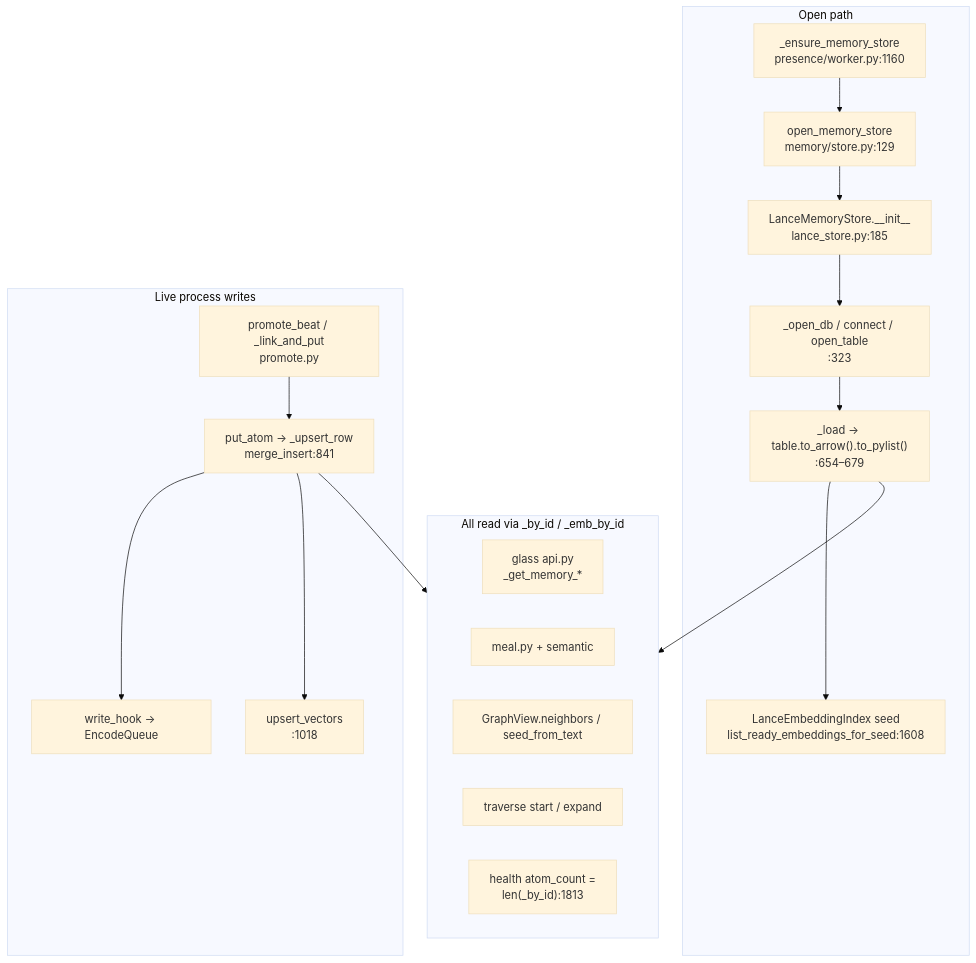
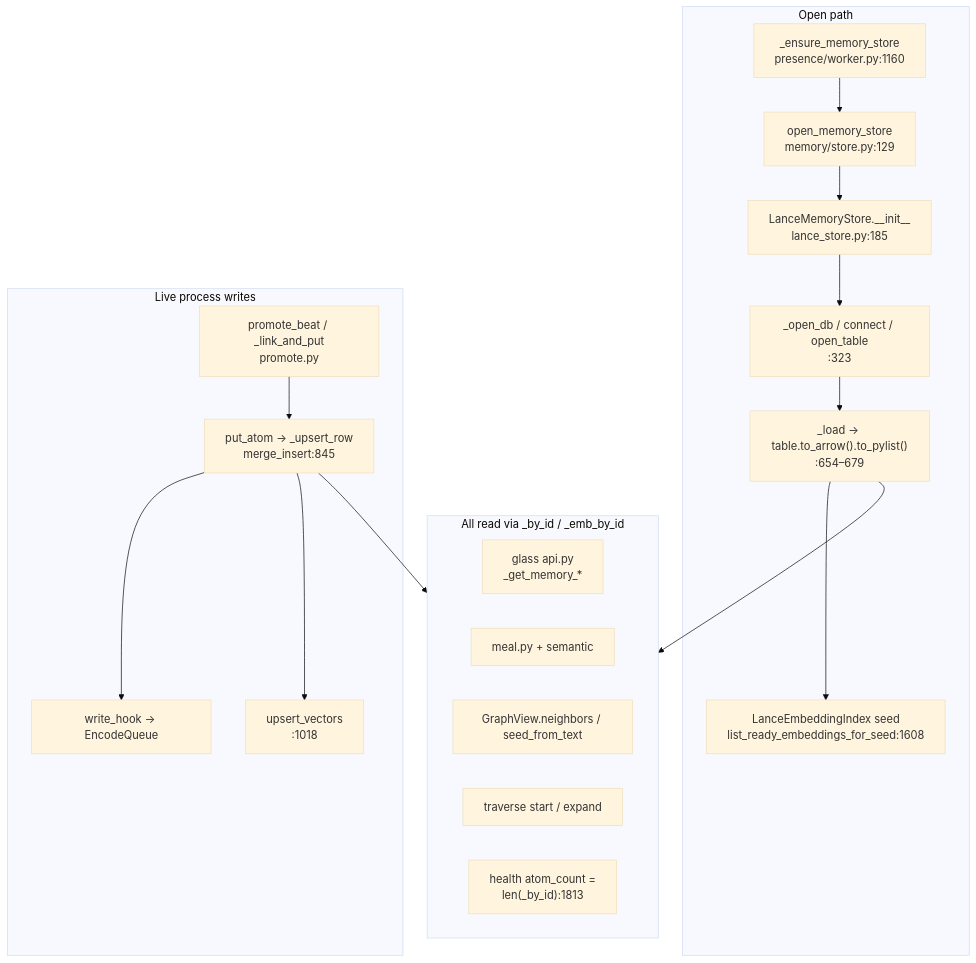
The diagram in docs/lance-debug1/CODE-PATH-MAP.md (jtwolfe/project-elyra), drawn with Mermaid (base theme) before and after one commit. The commit also changed 1 other file, not shown here.

Commit message:
fix: address review feedback for PR1 lance-debug1 scaffold

````diff
--- a/docs/lance-debug1/CODE-PATH-MAP.md
+++ b/docs/lance-debug1/CODE-PATH-MAP.md
@@ -11,32 +11,32 @@
 ```mermaid
 flowchart TB
   subgraph open [Open path]
     W["_ensure_memory_store\npresence/worker.py:1160"]
     OMS["open_memory_store\nmemory/store.py:129"]
     LMS["LanceMemoryStore.__init__\nlance_store.py:185"]
     ODB["_open_db / connect / open_table\n:323"]
     LOAD["_load → table.to_arrow().to_pylist()\n:654–679"]
     IDX["LanceEmbeddingIndex seed\nlist_ready_embeddings_for_seed:1608"]
     W --> OMS --> LMS --> ODB --> LOAD --> IDX
   end
 
   subgraph live [Live process writes]
     PRO["promote_beat / _link_and_put\npromote.py"]
-    PUT["put_atom → _upsert_row\nmerge_insert:841"]
+    PUT["put_atom → _upsert_row\nmerge_insert:845"]
     UV["upsert_vectors\n:1018"]
     HOOK["write_hook → EncodeQueue"]
     PRO --> PUT --> HOOK
     PUT --> UV
   end
 
   subgraph consumers [All read via _by_id / _emb_by_id]
     GLASS["glass api.py\n_get_memory_*"]
     MEAL["meal.py + semantic"]
     GV["GraphView.neighbors / seed_from_text"]
     TR["traverse start / expand"]
     HEALTH["health atom_count =\nlen(_by_id):1813"]
   end
 
   LOAD --> consumers
   PUT --> consumers
 ```
````
